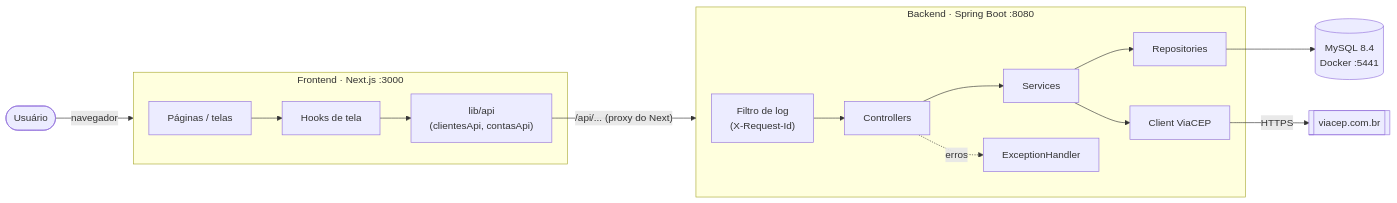
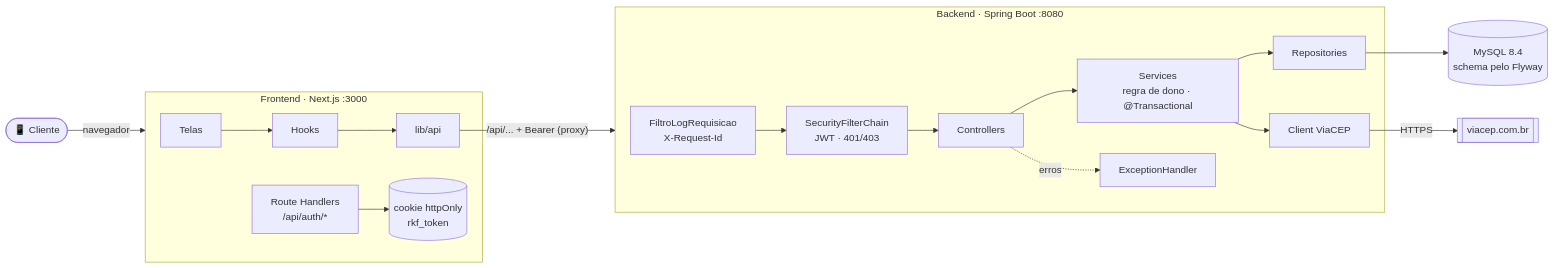
The third of 7 diagrams in README.md (k3vinrich4rd/rkf_bank), drawn with Mermaid before and after one commit. The commit also changed other lines of this file, not shown here.

First line of the commit message:
docs: readme com cara de banco digital, trilhas e login jwt

````diff
--- a/README.md
+++ b/README.md
@@ -237,22 +436,24 @@
 ```mermaid
 flowchart LR
-    U([Usuário]) -->|navegador| FE
+    U([📱 Cliente]) -->|navegador| FE
 
     subgraph FE [Frontend · Next.js :3000]
-        P[Páginas / telas] --> H[Hooks de tela]
-        H --> API["lib/api<br/>(clientesApi, contasApi)"]
+        P[Telas] --> H[Hooks]
+        H --> API["lib/api"]
+        RH["Route Handlers<br/>/api/auth/*"] --> CK[(cookie httpOnly<br/>rkf_token)]
     end
 
-    API -->|"/api/... (proxy do Next)"| BE
+    API -->|"/api/... + Bearer (proxy)"| BE
 
     subgraph BE [Backend · Spring Boot :8080]
-        F["Filtro de log<br/>(X-Request-Id)"] --> C[Controllers]
-        C --> S[Services]
+        F["FiltroLogRequisicao<br/>X-Request-Id"] --> SEC["SecurityFilterChain<br/>JWT · 401/403"]
+        SEC --> C[Controllers]
+        C --> S[Services<br/>regra de dono · @Transactional]
         S --> R[Repositories]
         S --> V[Client ViaCEP]
         C -. erros .-> EH[ExceptionHandler]
     end
 
-    R --> DB[(MySQL 8.4<br/>Docker :5441)]
+    R --> DB[(MySQL 8.4<br/>schema pelo Flyway)]
     V -->|HTTPS| VC[[viacep.com.br]]
 ```
````
